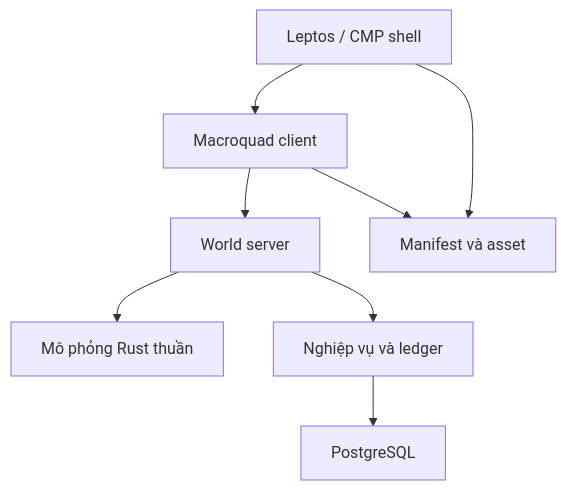
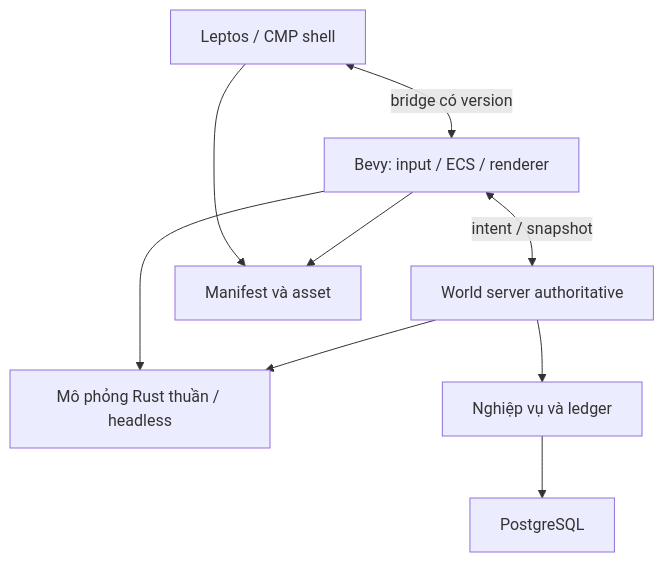
One commit to loveoverflowcom/myva changed the diagram in docs/technical/architecture.md. Above: the diagram before and after it, drawn with Mermaid. The commit also changed other lines of this file and 19 other files, not shown here.

Commit message:
docs(architecture): adopt Bevy and define platform feasibility gates (#9)

````diff
--- a/docs/technical/architecture.md
+++ b/docs/technical/architecture.md
@@ -33,10 +33,11 @@
 ```mermaid
 flowchart TD
-    Shell["Leptos / CMP shell"] --> Client["Macroquad client"]
-    Client --> World["World server"]
-    World --> Sim["Mô phỏng Rust thuần"]
+    Shell["Leptos / CMP shell"] <-->|"bridge có version"| Client["Bevy: input / ECS / renderer"]
+    Client <-->|"intent / snapshot"| World["World server authoritative"]
+    Client --> Sim["Mô phỏng Rust thuần / headless"]
+    World --> Sim
     World --> Domain["Nghiệp vụ và ledger"]
     Domain --> DB["PostgreSQL"]
     Shell --> Assets["Manifest và asset"]
     Client --> Assets
 ```
````
